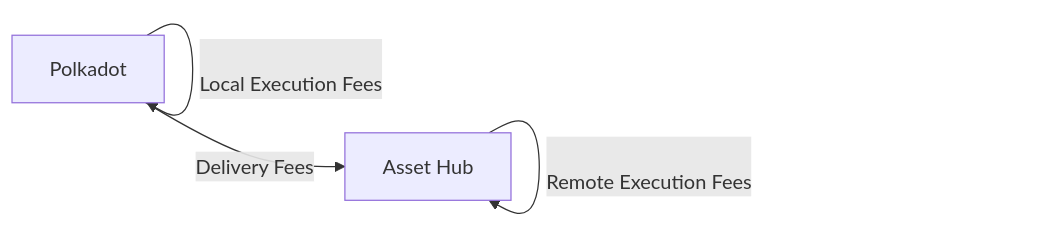
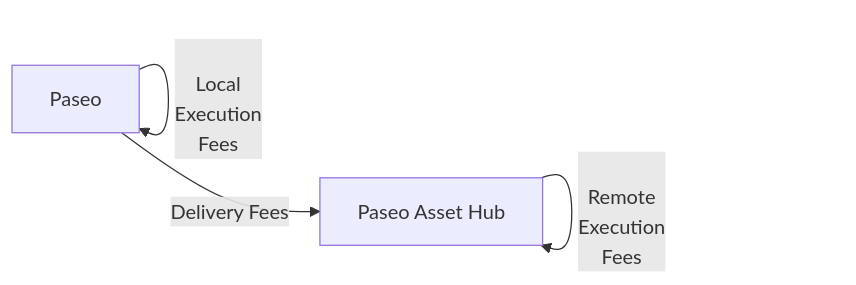
The diagram in tutorials/interoperability/xcm-fee-estimation.md (polkadot-developers/polkadot-docs), drawn with Mermaid before and after one commit. The commit also changed other lines of this file and 2 other files, not shown here.

````diff
--- a/tutorials/interoperability/xcm-fee-estimation.md
+++ b/tutorials/interoperability/xcm-fee-estimation.md
@@ -30,6 +28,6 @@
 ```mermaid
 flowchart LR
-    Polkadot[Polkadot] -->|Delivery Fees| AssetHub[Asset Hub]
-    Polkadot -->|\nLocal Execution Fees| Polkadot
-    AssetHub -->|\nRemote Execution Fees| AssetHub
+    Paseo[Paseo] -->|Delivery Fees| AssetHub[Paseo Asset Hub]
+    Paseo -->|<br />Local<br />Execution<br />Fees| Paseo
+    AssetHub -->|<br />Remote<br />Execution<br />Fees| AssetHub
 ```
````
